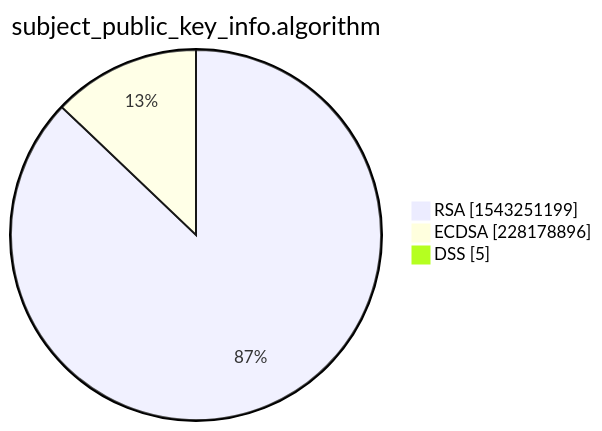
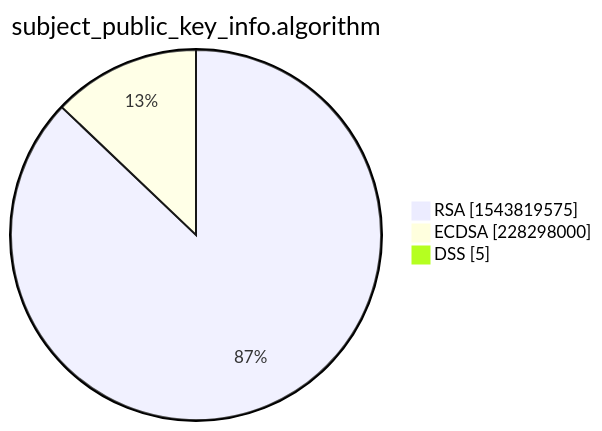
Before and after one commit to christiankrug/ctmonitor_visualization: the third of 15 diagrams in xenon2022/README.md, drawn with Mermaid. The commit also changed other lines of this file, not shown here.

````diff
--- a/xenon2022/README.md
+++ b/xenon2022/README.md
@@ -14,7 +14,7 @@
 ```mermaid
 pie showData
 title subject_public_key_info.algorithm
-"RSA" :1543251199
-"ECDSA" :228178896
+"RSA" :1543819575
+"ECDSA" :228298000
 "DSS" :5
 ```
````
